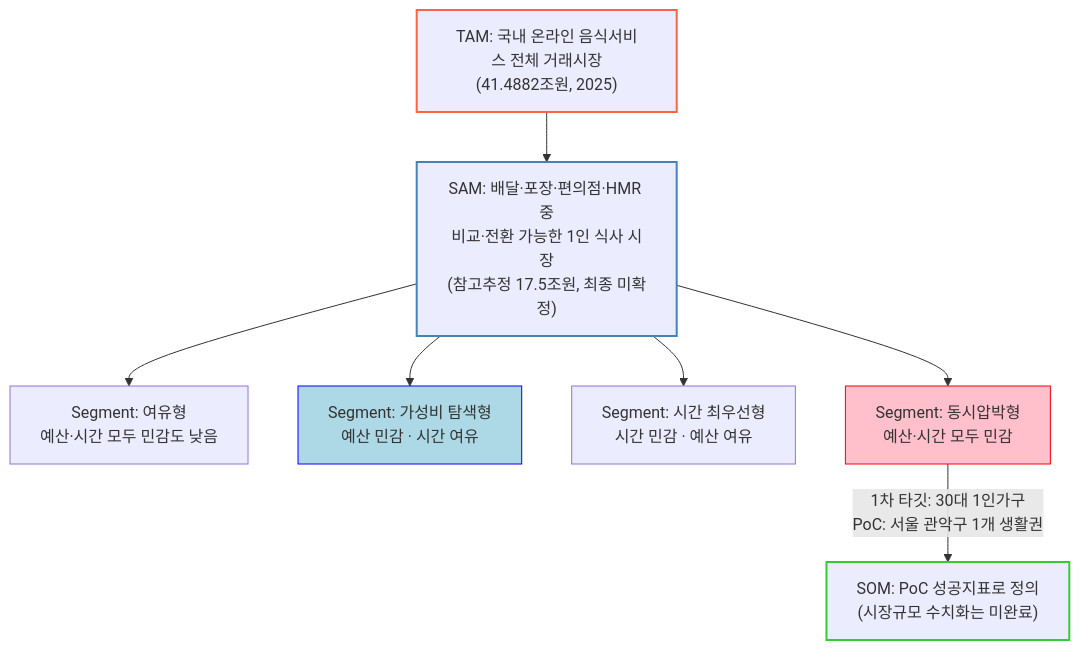
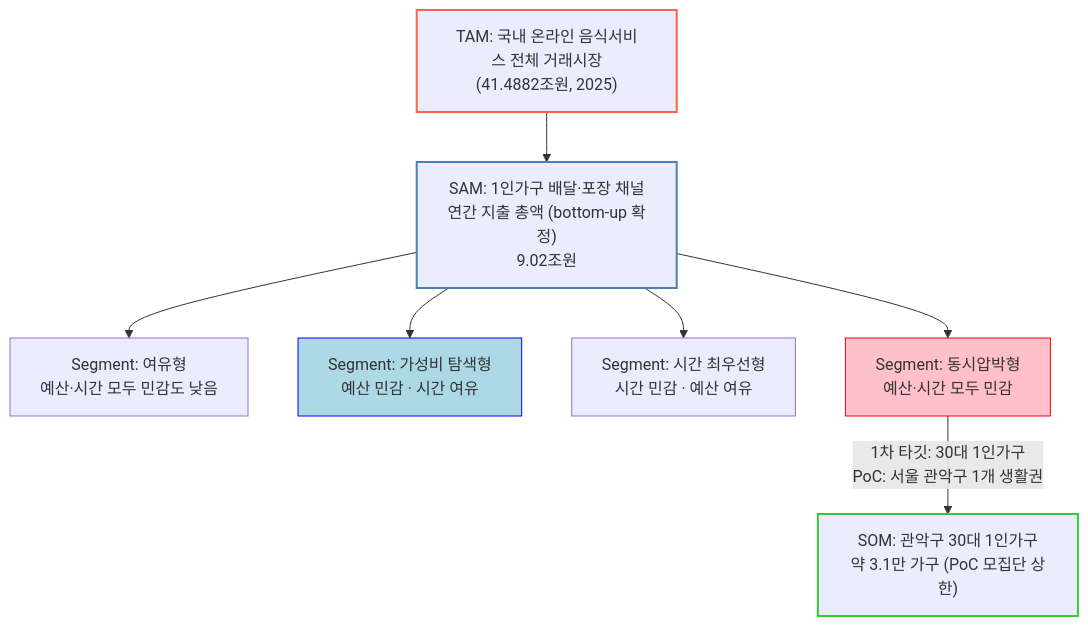
Before and after one commit to soobworks/business-research-practice: the diagram in tam-sam-som/solo-household-meal-7stage/08-tam-sam-som-mapping.md, drawn with Mermaid. The commit also changed other lines of this file and 28 other files, not shown here.

Commit message:
Embed all original charts/images and finalize SAM/SOM with bottom-up calculations

````diff
--- a/tam-sam-som/solo-household-meal-7stage/08-tam-sam-som-mapping.md
+++ b/tam-sam-som/solo-household-meal-7stage/08-tam-sam-som-mapping.md
@@ -7,17 +8,17 @@
 ```mermaid
 graph TD
-    A["TAM: 국내 온라인 음식서비스 전체 거래시장<br/>(41.4882조원, 2025)"]:::tam --> B["SAM: 배달·포장·편의점·HMR 중<br/>비교·전환 가능한 1인 식사 시장<br/>(참고추정 17.5조원, 최종 미확정)"]:::sam
+    A["TAM: 국내 온라인 음식서비스 전체 거래시장<br/>(41.4882조원, 2025)"]:::tam --> B["SAM: 1인가구 배달·포장 채널<br/>연간 지출 총액 (bottom-up 확정)<br/>9.02조원"]:::sam
 
     B --> C1["Segment: 여유형<br/>예산·시간 모두 민감도 낮음"]
     B --> C2["Segment: 가성비 탐색형<br/>예산 민감 · 시간 여유"]:::supply
     B --> C3["Segment: 시간 최우선형<br/>시간 민감 · 예산 여유"]
     B --> C4["Segment: 동시압박형<br/>예산·시간 모두 민감"]:::demand
 
-    C4 -- "1차 타깃: 30대 1인가구<br/>PoC: 서울 관악구 1개 생활권" --> D["SOM: PoC 성공지표로 정의<br/>(시장규모 수치화는 미완료)"]:::som
+    C4 -- "1차 타깃: 30대 1인가구<br/>PoC: 서울 관악구 1개 생활권" --> D["SOM: 관악구 30대 1인가구<br/>약 3.1만 가구 (PoC 모집단 상한)"]:::som
 
     classDef tam stroke:#FF6347,stroke-width:2px;
     classDef sam stroke:#4682B4,stroke-width:2px;
     classDef som stroke:#32CD32,stroke-width:2px;
     classDef supply fill:#ADD8E6,stroke:#0000FF,stroke-width:1px;
     classDef demand fill:#FFC0CB,stroke:#FF0000,stroke-width:1px;
 ```
````
